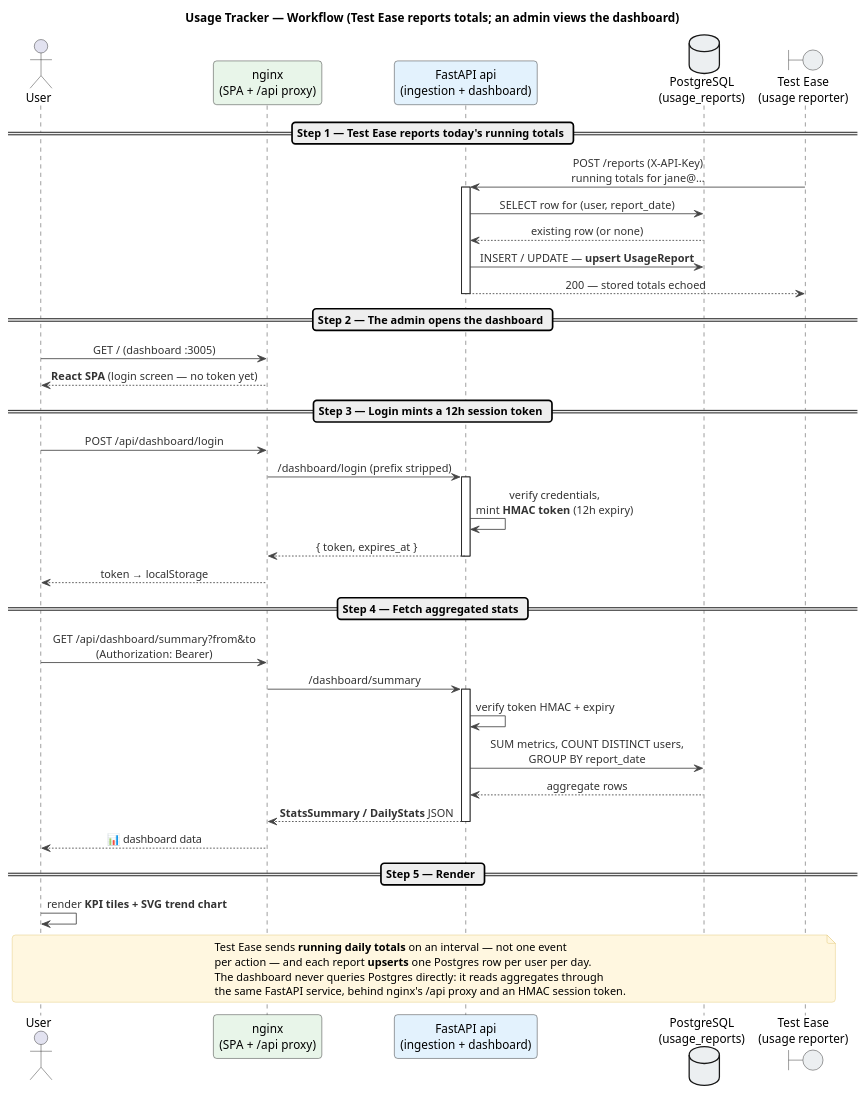
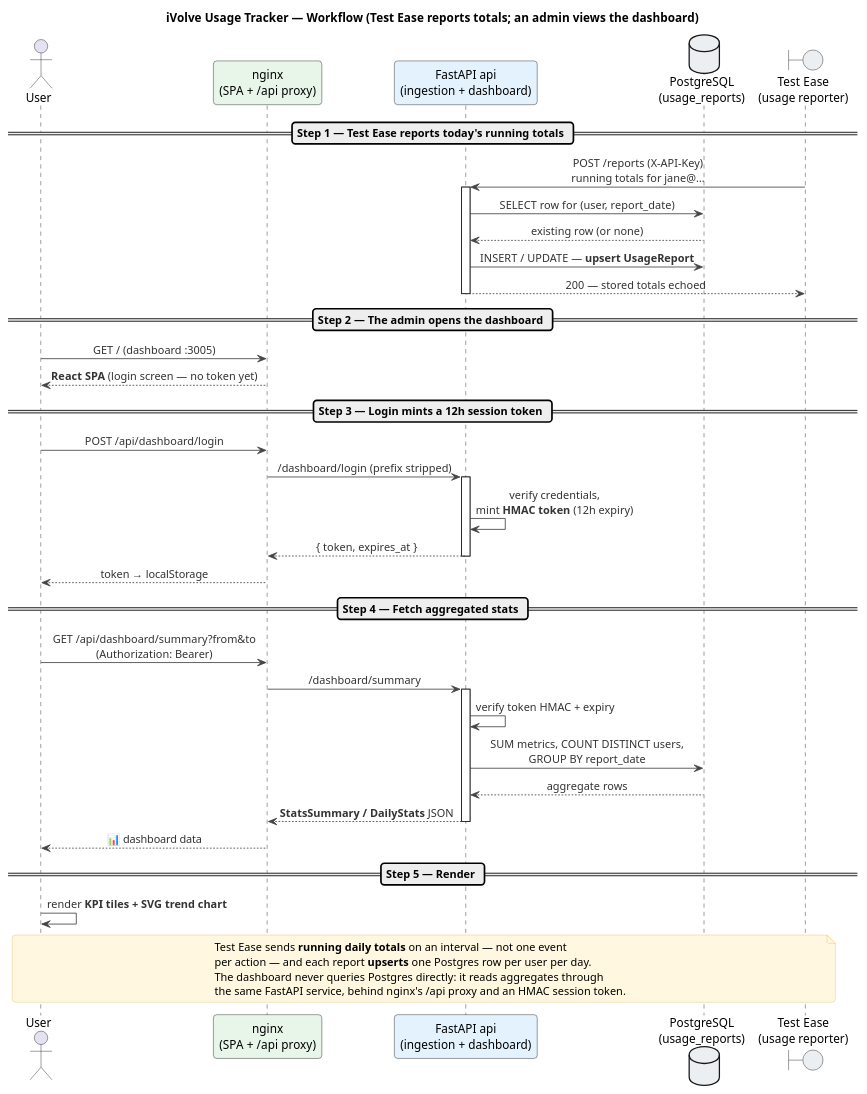
Before and after one commit to senthilp1989/usage-tracker: the diagram in docs/architecture/system-workflow.puml, drawn with PlantUML. The commit also changed 26 other files, not shown here.

```diff
--- a/docs/architecture/system-workflow.puml
+++ b/docs/architecture/system-workflow.puml
@@ -1,64 +1,64 @@
 @startuml system-workflow
-title Usage Tracker — Workflow (Test Ease reports totals; an admin views the dashboard)
+title iVolve Usage Tracker — Workflow (Test Ease reports totals; an admin views the dashboard)
 
 skinparam backgroundColor #FFFFFF
 skinparam shadowing false
 skinparam sequenceMessageAlign center
 skinparam roundcorner 8
 skinparam ArrowColor #444444
 skinparam ArrowFontColor #333333
 skinparam NoteBackgroundColor #FFF7E0
 skinparam NoteBorderColor #E0C46C
 
 actor "User" as User
 
 participant "nginx\n(SPA + /api proxy)" as NGINX #E8F5E9
 participant "FastAPI api\n(ingestion + dashboard)" as API #E3F2FD
 
 database "PostgreSQL\n(usage_reports)" as DB #ECEFF1
 boundary  "Test Ease\n(usage reporter)"  as TE #ECEFF1
 
 == Step 1 — Test Ease reports today's running totals ==
 TE -> API : POST /reports (X-API-Key)\nrunning totals for jane@…
 activate API
 API -> DB : SELECT row for (user, report_date)
 DB --> API : existing row (or none)
 API -> DB : INSERT / UPDATE — **upsert UsageReport**
 API --> TE : 200 — stored totals echoed
 deactivate API
 
 == Step 2 — The admin opens the dashboard ==
 User -> NGINX : GET / (dashboard :3005)
 NGINX --> User : **React SPA** (login screen — no token yet)
 
 == Step 3 — Login mints a 12h session token ==
 User -> NGINX : POST /api/dashboard/login
 NGINX -> API : /dashboard/login (prefix stripped)
 activate API
 API -> API : verify credentials,\nmint **HMAC token** (12h expiry)
 API --> NGINX : { token, expires_at }
 deactivate API
 NGINX --> User : token → localStorage
 
 == Step 4 — Fetch aggregated stats ==
 User -> NGINX : GET /api/dashboard/summary?from&to\n(Authorization: Bearer)
 NGINX -> API : /dashboard/summary
 activate API
 API -> API : verify token HMAC + expiry
 API -> DB : SUM metrics, COUNT DISTINCT users,\nGROUP BY report_date
 DB --> API : aggregate rows
 API --> NGINX : **StatsSummary / DailyStats** JSON
 deactivate API
 NGINX --> User : 📊 dashboard data
 
 == Step 5 — Render ==
 User -> User : render **KPI tiles + SVG trend chart**
 
 note across
   Test Ease sends **running daily totals** on an interval — not one event
   per action — and each report **upserts** one Postgres row per user per day.
   The dashboard never queries Postgres directly: it reads aggregates through
   the same FastAPI service, behind nginx's /api proxy and an HMAC session token.
 end note
 
 @enduml
```
